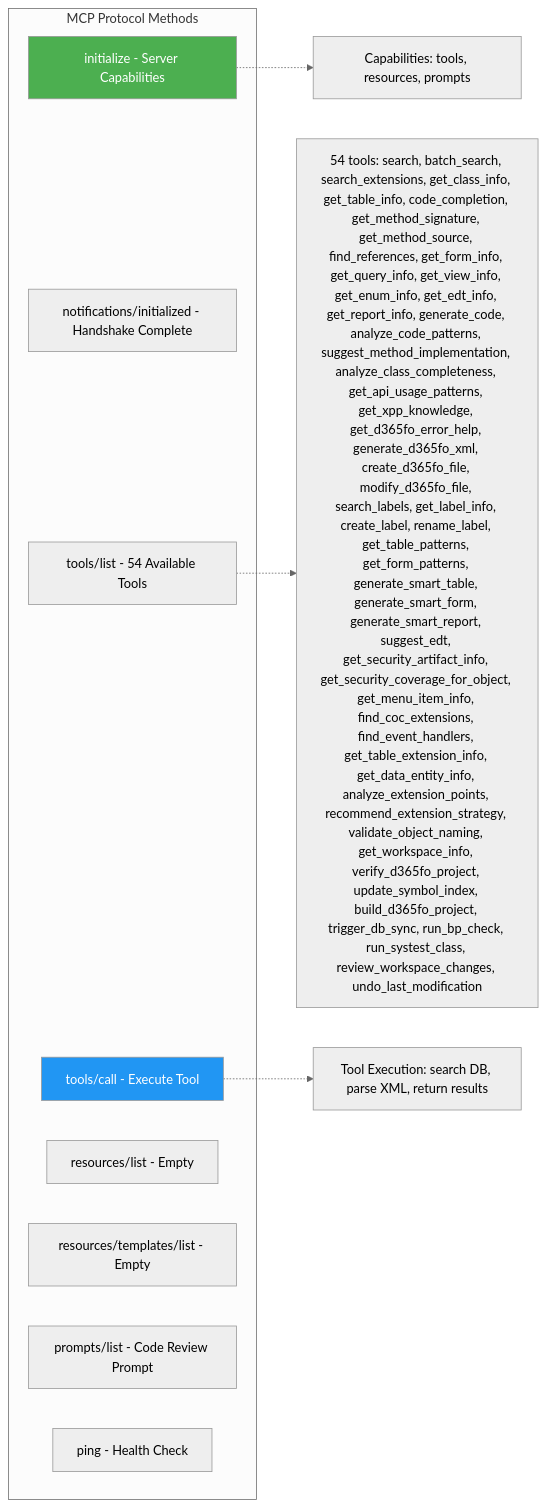
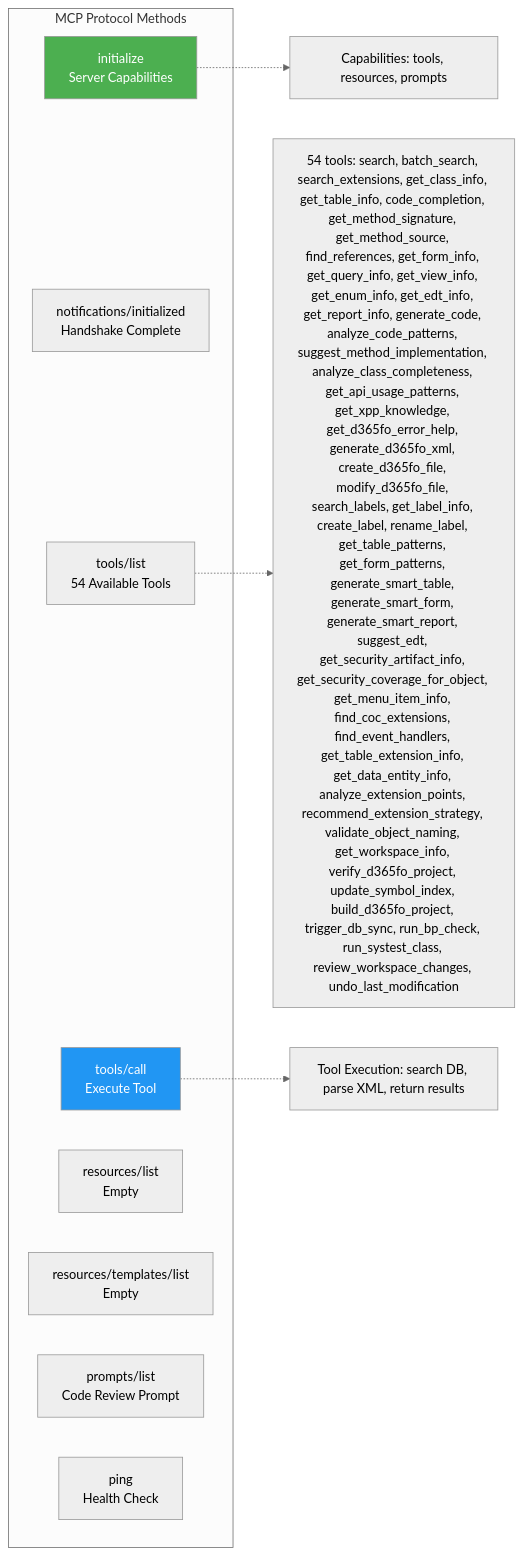
One commit to tfranczyk/d365fo-mcp-server changed diagram 13 of 20 in docs/ARCHITECTURE.md. Above: the diagram before and after it, drawn with Mermaid (neutral theme). The commit also changed other lines of this file, not shown here.

Commit message:
architecture.md diagram fix

````diff
--- a/docs/ARCHITECTURE.md
+++ b/docs/ARCHITECTURE.md
@@ -792,19 +792,19 @@
 ```mermaid
 graph LR
     subgraph "MCP Protocol Methods"
-        INIT[initialize - Server Capabilities]
-        NOTIFY[notifications/initialized - Handshake Complete]
-        TOOLS_LIST[tools/list - 54 Available Tools]
-        TOOLS_CALL[tools/call - Execute Tool]
-        RES_LIST[resources/list - Empty]
-        RES_TMPL[resources/templates/list - Empty]
-        PROMPT_LIST[prompts/list - Code Review Prompt]
-        PING[ping - Health Check]
+        INIT[initialize\n Server Capabilities]
+        NOTIFY[notifications/initialized\n Handshake Complete]
+        TOOLS_LIST[tools/list\n 54 Available Tools]
+        TOOLS_CALL[tools/call\n Execute Tool]
+        RES_LIST[resources/list\n Empty]
+        RES_TMPL[resources/templates/list\n Empty]
+        PROMPT_LIST[prompts/list\n Code Review Prompt]
+        PING[ping\n Health Check]
     end
 
     INIT -.-> CAPS[Capabilities: tools, resources, prompts]
     TOOLS_LIST -.-> TOOL_DEFS["54 tools: search, batch_search, search_extensions, get_class_info, get_table_info, code_completion, get_method_signature, get_method_source, find_references, get_form_info, get_query_info, get_view_info, get_enum_info, get_edt_info, get_report_info, generate_code, analyze_code_patterns, suggest_method_implementation, analyze_class_completeness, get_api_usage_patterns, get_xpp_knowledge, get_d365fo_error_help, generate_d365fo_xml, create_d365fo_file, modify_d365fo_file, search_labels, get_label_info, create_label, rename_label, get_table_patterns, get_form_patterns, generate_smart_table, generate_smart_form, generate_smart_report, suggest_edt, get_security_artifact_info, get_security_coverage_for_object, get_menu_item_info, find_coc_extensions, find_event_handlers, get_table_extension_info, get_data_entity_info, analyze_extension_points, recommend_extension_strategy, validate_object_naming, get_workspace_info, verify_d365fo_project, update_symbol_index, build_d365fo_project, trigger_db_sync, run_bp_check, run_systest_class, review_workspace_changes, undo_last_modification"]
     TOOLS_CALL -.-> EXEC[Tool Execution: search DB, parse XML, return results]
     style INIT fill:#4CAF50,color:#fff
     style TOOLS_CALL fill:#2196F3,color:#fff
 ```
````
